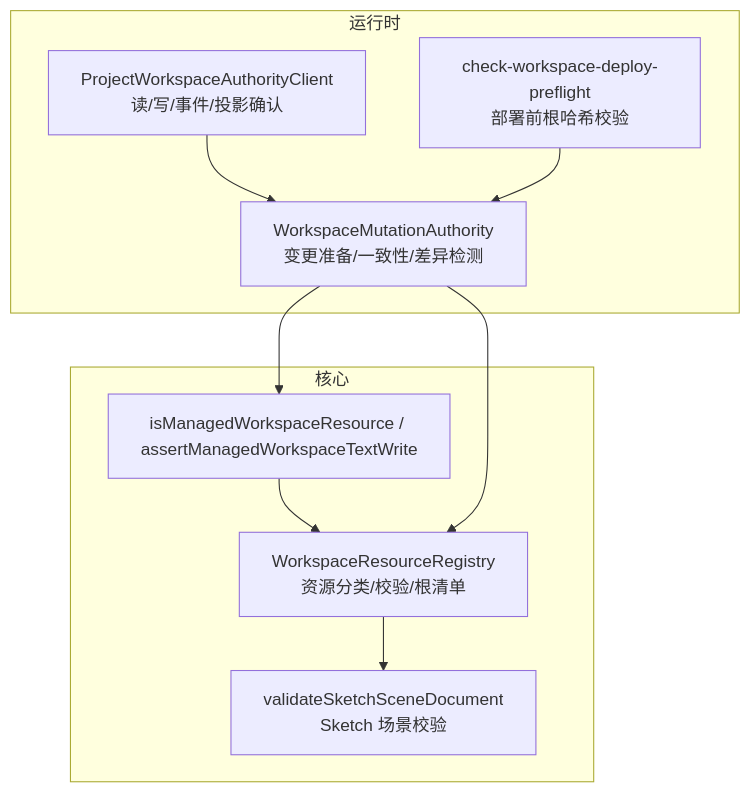
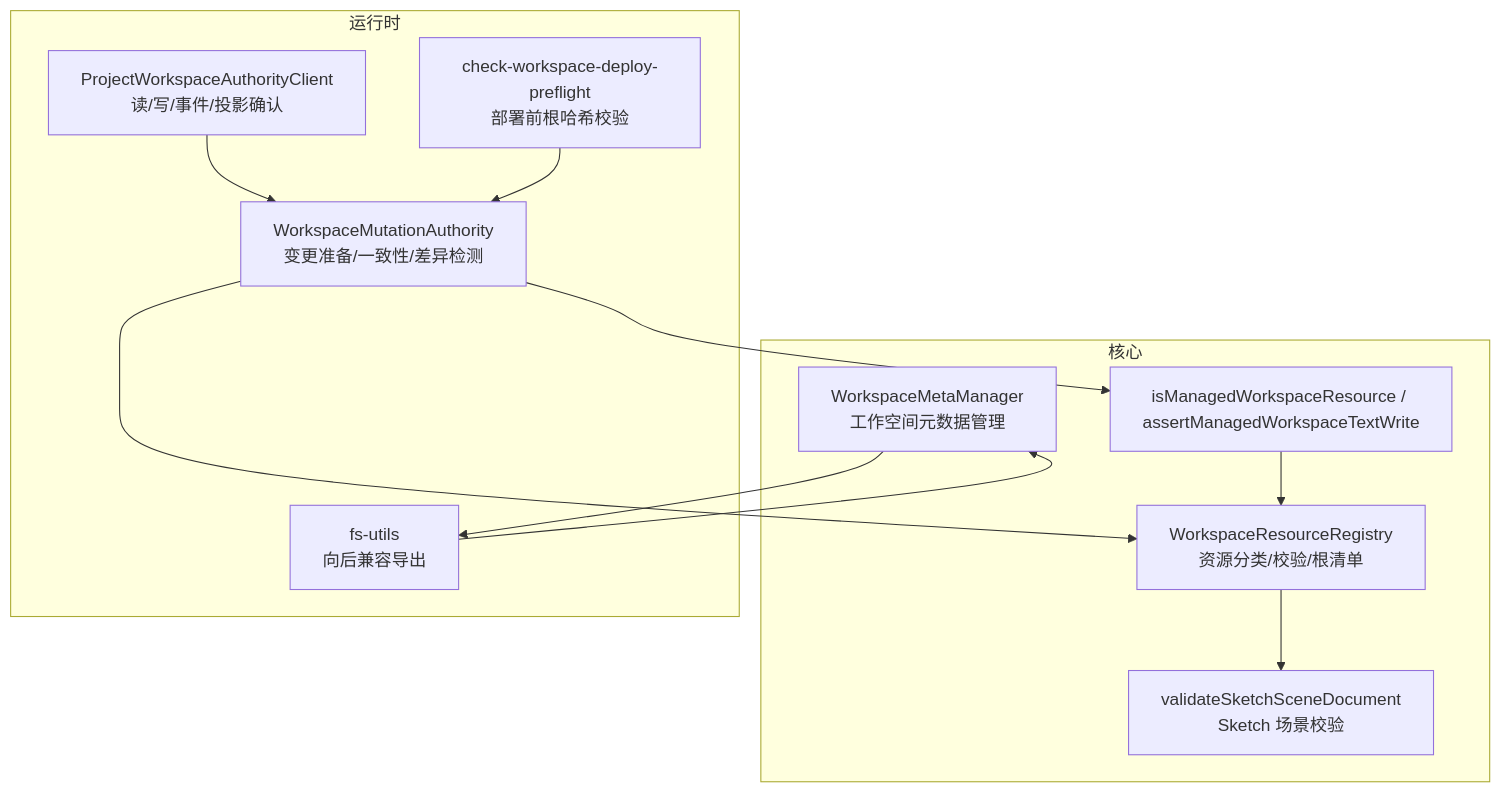
One commit to qihaogithub/workbench changed the first of 6 diagrams in .qoder/repowiki/zh/content/项目概述/核心功能/项目管理系统/工作空间管理/工作区资源管理.md. Above: the diagram before and after it, drawn with Mermaid. The commit also changed other lines of this file and 476 other files, not shown here.

````diff
--- a/.qoder/repowiki/zh/content/项目概述/核心功能/项目管理系统/工作空间管理/工作区资源管理.md
+++ b/.qoder/repowiki/zh/content/项目概述/核心功能/项目管理系统/工作空间管理/工作区资源管理.md
@@ -39,19 +51,23 @@
 ```mermaid
 graph TB
 subgraph "核心"
 R["WorkspaceResourceRegistry<br/>资源分类/校验/根清单"]
 C["isManagedWorkspaceResource / assertManagedWorkspaceTextWrite"]
 S["validateSketchSceneDocument<br/>Sketch 场景校验"]
+WM["WorkspaceMetaManager<br/>工作空间元数据管理"]
 end
 subgraph "运行时"
 WMA["WorkspaceMutationAuthority<br/>变更准备/一致性/差异检测"]
 CLI["ProjectWorkspaceAuthorityClient<br/>读/写/事件/投影确认"]
 PRE["check-workspace-deploy-preflight<br/>部署前根哈希校验"]
+FSU["fs-utils<br/>向后兼容导出"]
 end
 R --> S
 C --> R
+WM --> FSU
 WMA --> R
 WMA --> C
 CLI --> WMA
 PRE --> WMA
+FSU --> WM
 ```
````
